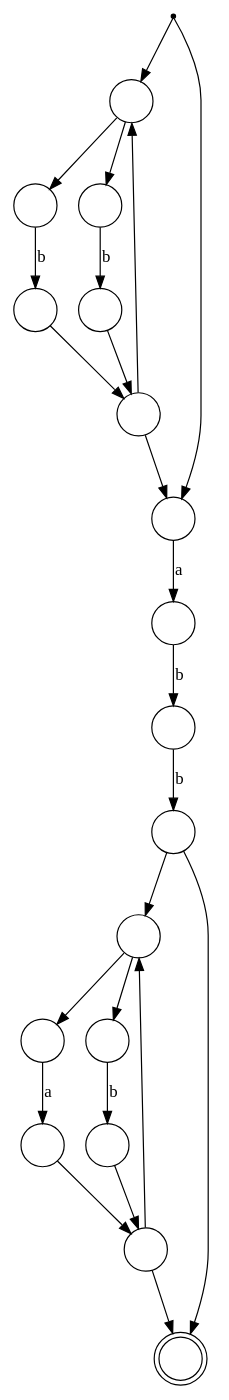
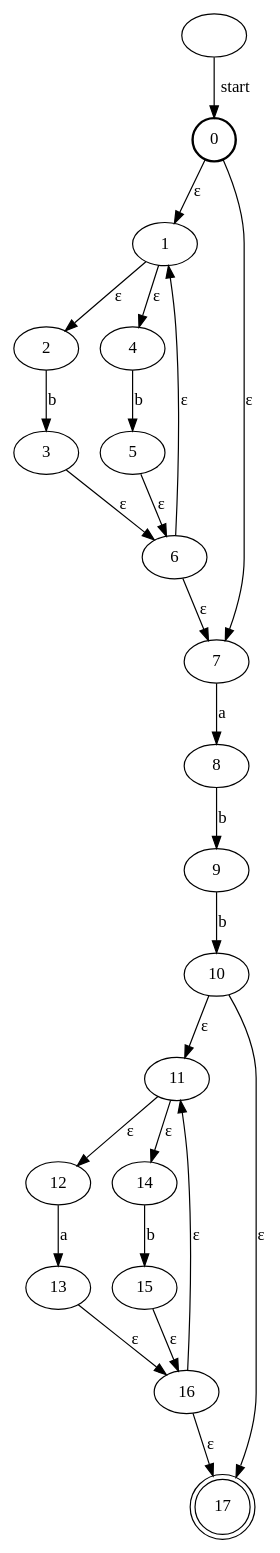
Before and after one commit to EstebanAG1005/LaboratorioA-Dise-o-de-Lenguajes: the diagram in nfa.gv, drawn with Graphviz. The commit also changed 2 other files, not shown here.

Commit message:
changes to the code and graph

```diff
--- a/nfa.gv
+++ b/nfa.gv
@@ -1,44 +1,44 @@
 digraph {
-	node [shape=circle]
-	0 [label="" shape=point]
-	1 [label=""]
-	2 [label=""]
-	3 [label=""]
-	4 [label=""]
-	5 [label=""]
-	6 [label=""]
-	7 [label=""]
-	8 [label=""]
-	9 [label=""]
-	10 [label=""]
-	11 [label=""]
-	12 [label=""]
-	13 [label=""]
-	14 [label=""]
-	15 [label=""]
-	16 [label=""]
-	17 [label="" shape=doublecircle]
-	0 -> 1 [label=" "]
-	0 -> 7 [label=" "]
-	1 -> 2 [label=" "]
-	1 -> 4 [label=" "]
+	0 [label=0 shape=circle style=bold]
+	1 [label=1]
+	2 [label=2]
+	3 [label=3]
+	4 [label=4]
+	5 [label=5]
+	6 [label=6]
+	7 [label=7]
+	8 [label=8]
+	9 [label=9]
+	10 [label=10]
+	11 [label=11]
+	12 [label=12]
+	13 [label=13]
+	14 [label=14]
+	15 [label=15]
+	16 [label=16]
+	17 [label=17 shape=doublecircle]
+	"" -> 0 [label=start]
+	0 -> 1 [label="ε"]
+	0 -> 7 [label="ε"]
+	1 -> 2 [label="ε"]
+	1 -> 4 [label="ε"]
 	2 -> 3 [label=b]
 	4 -> 5 [label=b]
-	3 -> 6 [label=" "]
-	5 -> 6 [label=" "]
-	6 -> 1 [label=" "]
-	6 -> 7 [label=" "]
+	3 -> 6 [label="ε"]
+	5 -> 6 [label="ε"]
+	6 -> 1 [label="ε"]
+	6 -> 7 [label="ε"]
 	7 -> 8 [label=a]
 	8 -> 9 [label=b]
 	9 -> 10 [label=b]
-	10 -> 11 [label=" "]
-	10 -> 17 [label=" "]
-	11 -> 12 [label=" "]
-	11 -> 14 [label=" "]
+	10 -> 11 [label="ε"]
+	10 -> 17 [label="ε"]
+	11 -> 12 [label="ε"]
+	11 -> 14 [label="ε"]
 	12 -> 13 [label=a]
 	14 -> 15 [label=b]
-	13 -> 16 [label=" "]
-	15 -> 16 [label=" "]
-	16 -> 11 [label=" "]
-	16 -> 17 [label=" "]
+	13 -> 16 [label="ε"]
+	15 -> 16 [label="ε"]
+	16 -> 11 [label="ε"]
+	16 -> 17 [label="ε"]
 }
```
